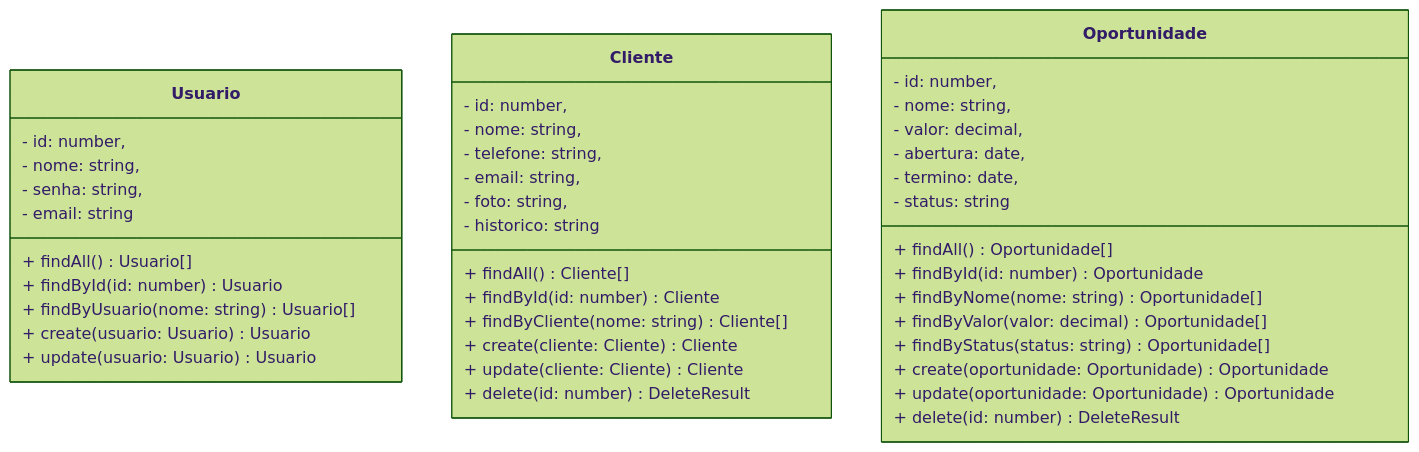
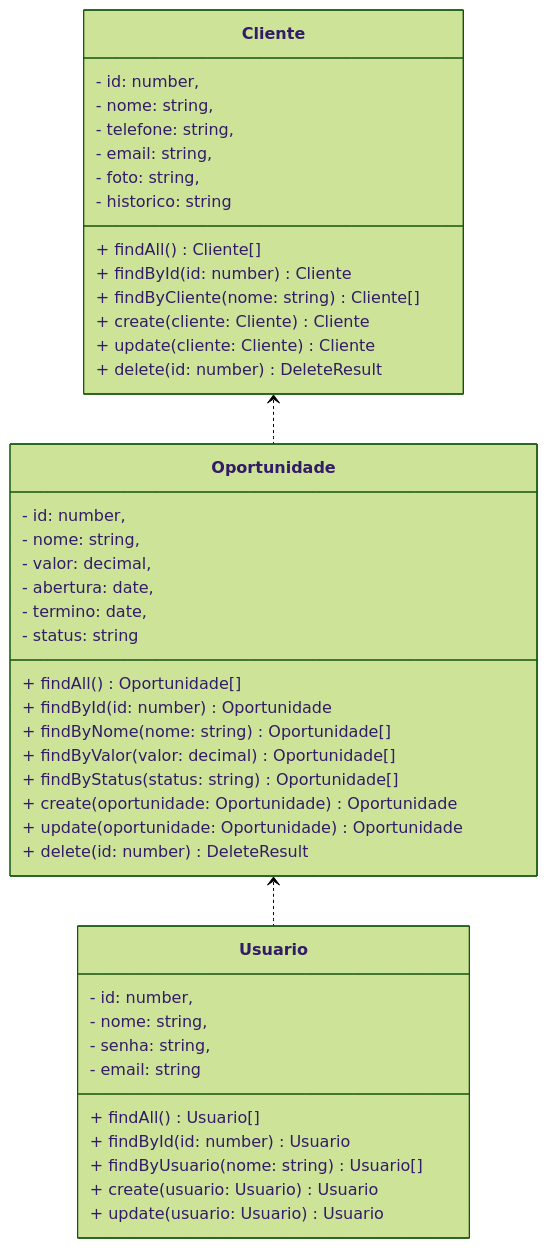
Before and after one commit to grupo-02-turma-javascript-06/crm-backend: the diagram in README.md, drawn with Mermaid (forest theme).

````diff
--- a/README.md
+++ b/README.md
@@ -29,44 +29,46 @@
 ```mermaid
 classDiagram
 class Usuario{
   - id: number,
   - nome: string,
   - senha: string,
   - email: string
   + findAll() Usuario[]
   + findById(id: number) Usuario
   + findByUsuario(nome: string) Usuario[]
   + create(usuario: Usuario) Usuario
   + update(usuario: Usuario) Usuario
 }
 class Cliente{
   - id: number,
   - nome: string,
   - telefone: string,
   - email: string,
   - foto: string,
   - historico: string
   + findAll() Cliente[]
   + findById(id: number) Cliente
   + findByCliente(nome: string) Cliente[]
   + create(cliente: Cliente) Cliente
   + update(cliente: Cliente) Cliente
   + delete(id: number) DeleteResult
 }
 class Oportunidade{
   - id: number,
   - nome: string,
   - valor: decimal,
   - abertura: date,
   - termino: date,
   - status: string
   + findAll() Oportunidade[]
   + findById(id: number) Oportunidade
   + findByNome(nome: string) Oportunidade[]
   + findByValor(valor: decimal) Oportunidade[]
   + findByStatus(status: string) Oportunidade[]
   + create(oportunidade: Oportunidade) Oportunidade
   + update(oportunidade: Oportunidade) Oportunidade
   + delete(id: number) DeleteResult
 }
+Cliente <.. Oportunidade
+Oportunidade <.. Usuario
 ```
````
